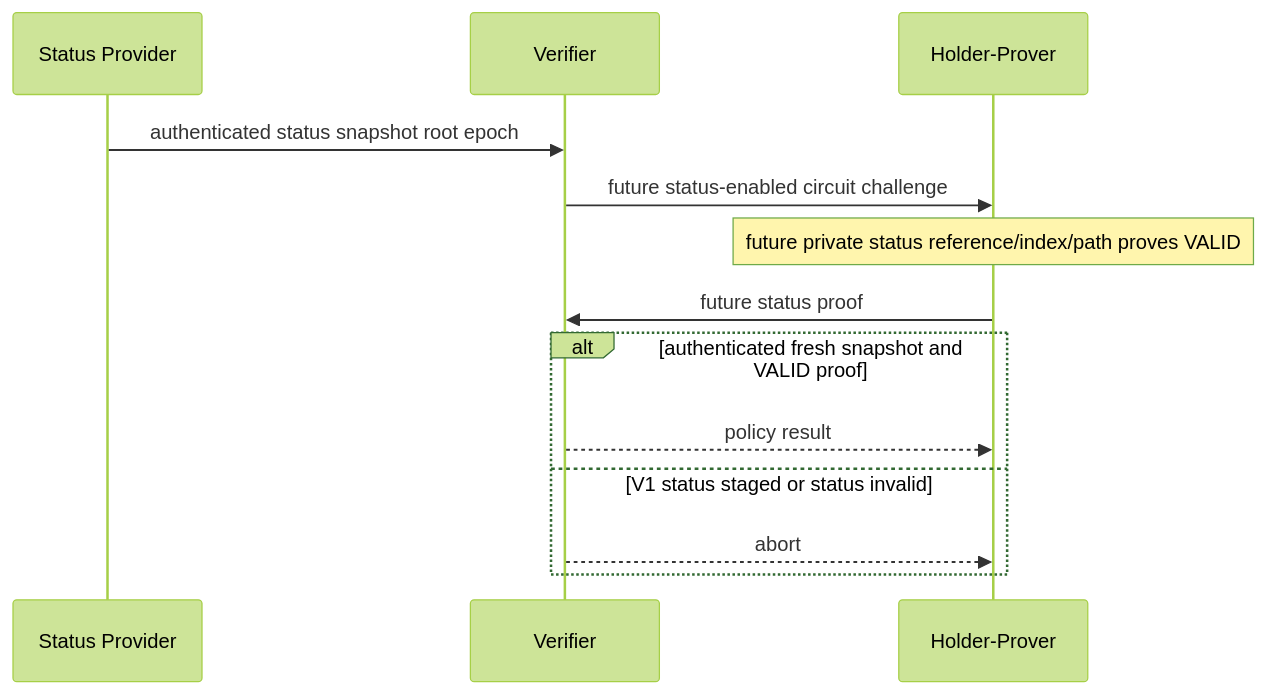
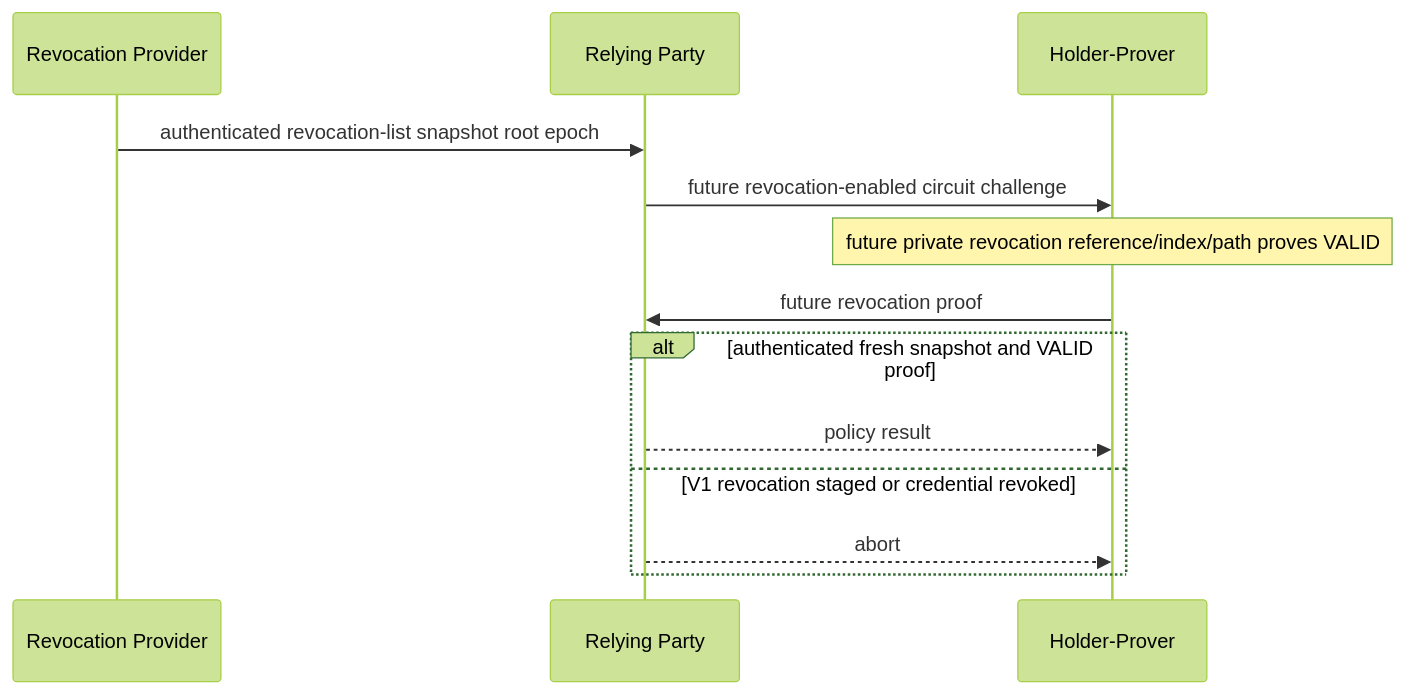
The sixth of 6 diagrams in spec/protocol-sequences.md (ForkbombEu/sd-jwt-zk), drawn with Mermaid (forest theme) before and after one commit. The commit also changed other lines of this file and 43 other files, not shown here.

````diff
--- a/spec/protocol-sequences.md
+++ b/spec/protocol-sequences.md
@@ -88,15 +88,15 @@
 ```mermaid
 sequenceDiagram
- participant S as Status Provider
- participant V as Verifier
+ participant S as Revocation Provider
+ participant RP as Relying Party
  participant H as Holder-Prover
- S->>V: authenticated status snapshot root epoch
- V->>H: future status-enabled circuit challenge
- Note over H: future private status reference/index/path proves VALID
- H->>V: future status proof
+ S->>RP: authenticated revocation-list snapshot root epoch
+ RP->>H: future revocation-enabled circuit challenge
+ Note over H: future private revocation reference/index/path proves VALID
+ H->>RP: future revocation proof
  alt authenticated fresh snapshot and VALID proof
-  V-->>H: policy result
- else V1 status staged or status invalid
-  V-->>H: abort
+  RP-->>H: policy result
+ else V1 revocation staged or credential revoked
+  RP-->>H: abort
  end
 ```
````
